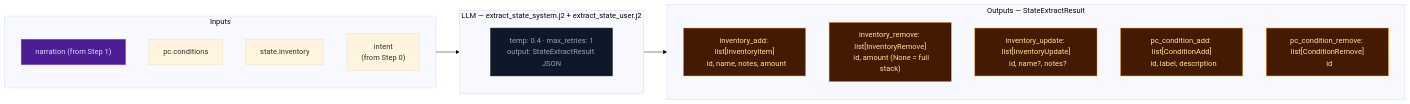
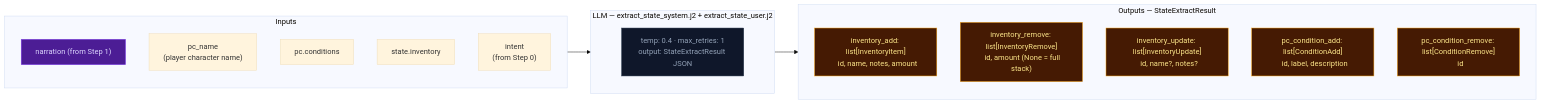
One commit to pww217/fablethread changed the diagram in docs/architecture/step2b-state.md. Above: the diagram before and after it, drawn with Mermaid (base theme). The commit also changed 17 other files, not shown here.

````diff
--- a/docs/architecture/step2b-state.md
+++ b/docs/architecture/step2b-state.md
@@ -7,28 +7,29 @@
 ```mermaid
 flowchart LR
     classDef llmNode fill:#0f172a,color:#94a3b8,stroke:#334155
     classDef xstream fill:#4c1d95,color:#ddd6fe,stroke:#7c3aed
     classDef outNode fill:#451a03,color:#fde68a,stroke:#f59e0b
 
     subgraph IN["Inputs"]
         S1["narration (from Step 1)"]:::xstream
-        S2["pc.conditions"]
-        S3["state.inventory"]
-        S4["intent<br>(from Step 0)"]
+        S2["pc_name<br>(player character name)"]
+        S3["pc.conditions"]
+        S4["state.inventory"]
+        S5["intent<br>(from Step 0)"]
     end
 
     subgraph LLM2B["LLM — extract_state_system.j2 + extract_state_user.j2"]
         SL["temp: 0.4 · max_retries: 1<br>output: StateExtractResult JSON"]:::llmNode
     end
 
     subgraph OUT["Outputs — StateExtractResult"]
         O1["inventory_add: list[InventoryItem]<br>  id, name, notes, amount"]:::outNode
         O2["inventory_remove: list[InventoryRemove]<br>  id, amount (None = full stack)"]:::outNode
         O3["inventory_update: list[InventoryUpdate]<br>  id, name?, notes?"]:::outNode
         O4["pc_condition_add: list[ConditionAdd]<br>  id, label, description"]:::outNode
         O5["pc_condition_remove: list[ConditionRemove]<br>  id"]:::outNode
     end
 
     IN --> LLM2B
     LLM2B --> OUT
 ```
````
